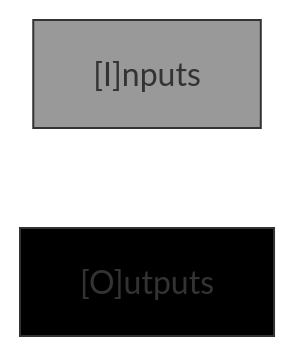
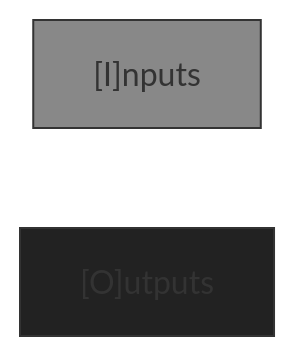
Before and after one commit to Shapedsundew9/erasmus-gp: the seventh of 7 diagrams in egppy/egppy/genetic_code/docs/graph.md, drawn with Mermaid. The commit also changed other lines of this file and 18 other files, not shown here.

````diff
--- a/egppy/egppy/genetic_code/docs/graph.md
+++ b/egppy/egppy/genetic_code/docs/graph.md
@@ -112,12 +248,12 @@
 ```mermaid
-%% Codon & Empty GC
+%% Empty GC
 flowchart LR
     I["[I]nputs"]
     O["[O]utputs"]
     
-classDef Icd fill:#999,stroke:#333,stroke-width:1px
-classDef Ocd fill:#000,stroke:#333,stroke-width:1px
+classDef Icd fill:#888888,stroke:#333,stroke-width:1px
+classDef Ocd fill:#222222,stroke:#333,stroke-width:1px
 
 class I Icd
 class O Ocd
 ```
````
